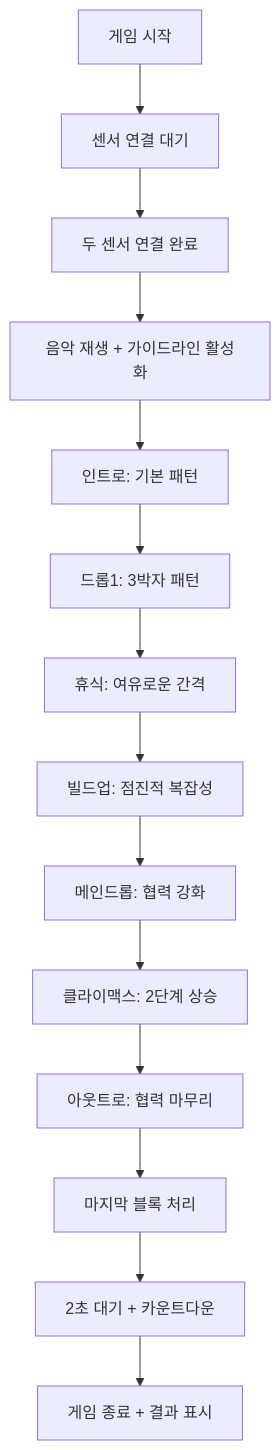
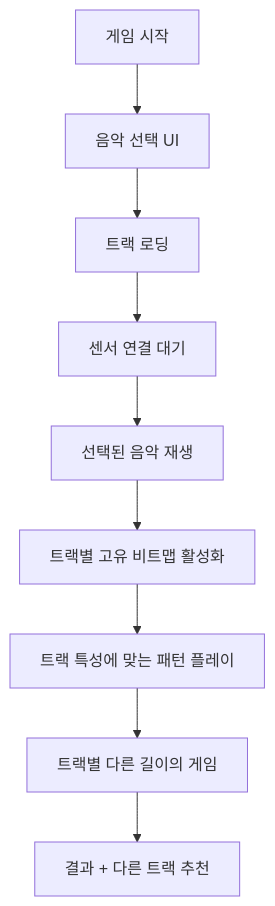
One commit to cmhblue1225/sensor-game-hub-v6 changed the diagram in docs/Rhythm-Blade-Development-Guide.md. Above: the diagram before and after it, drawn with Mermaid. The commit also changed other lines of this file and 1 other file, not shown here.

````diff
--- a/docs/Rhythm-Blade-Development-Guide.md
+++ b/docs/Rhythm-Blade-Development-Guide.md
@@ -257,16 +328,11 @@
 ```mermaid
 graph TD
-    A[게임 시작] --> B[센서 연결 대기]
-    B --> C[두 센서 연결 완료]
-    C --> D[음악 재생 + 가이드라인 활성화]
-    D --> E[인트로: 기본 패턴]
-    E --> F[드롭1: 3박자 패턴]
-    F --> G[휴식: 여유로운 간격]
-    G --> H[빌드업: 점진적 복잡성]
-    H --> I[메인드롭: 협력 강화]
-    I --> J[클라이맥스: 2단계 상승]
-    J --> K[아웃트로: 협력 마무리]
-    K --> L[마지막 블록 처리]
-    L --> M[2초 대기 + 카운트다운]
-    M --> N[게임 종료 + 결과 표시]
+    A[게임 시작] --> B[음악 선택 UI]
+    B --> C[트랙 로딩]
+    C --> D[센서 연결 대기]
+    D --> E[선택된 음악 재생]
+    E --> F[트랙별 고유 비트맵 활성화]
+    F --> G[트랙 특성에 맞는 패턴 플레이]
+    G --> H[트랙별 다른 길이의 게임]
+    H --> I[결과 + 다른 트랙 추천]
 ```
````
